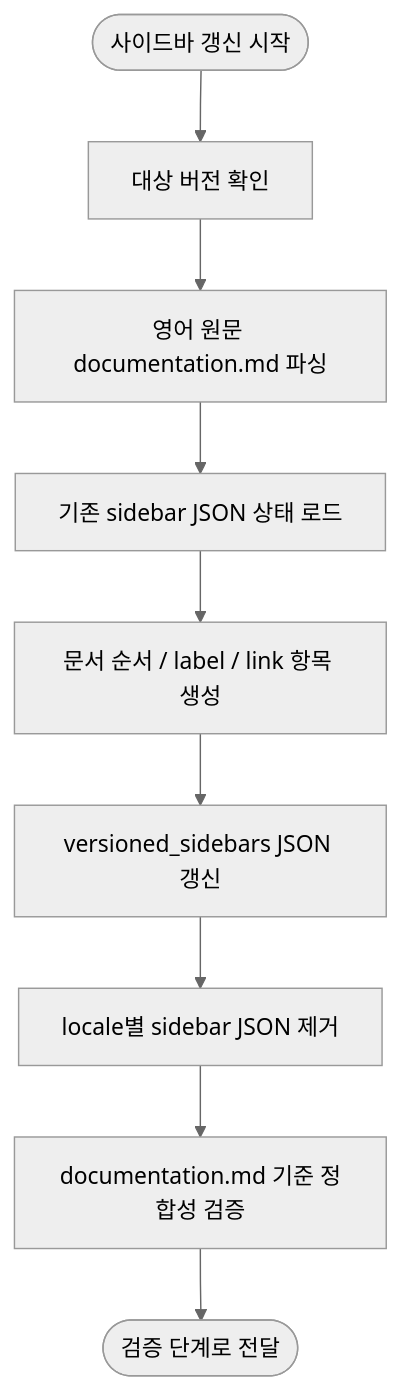
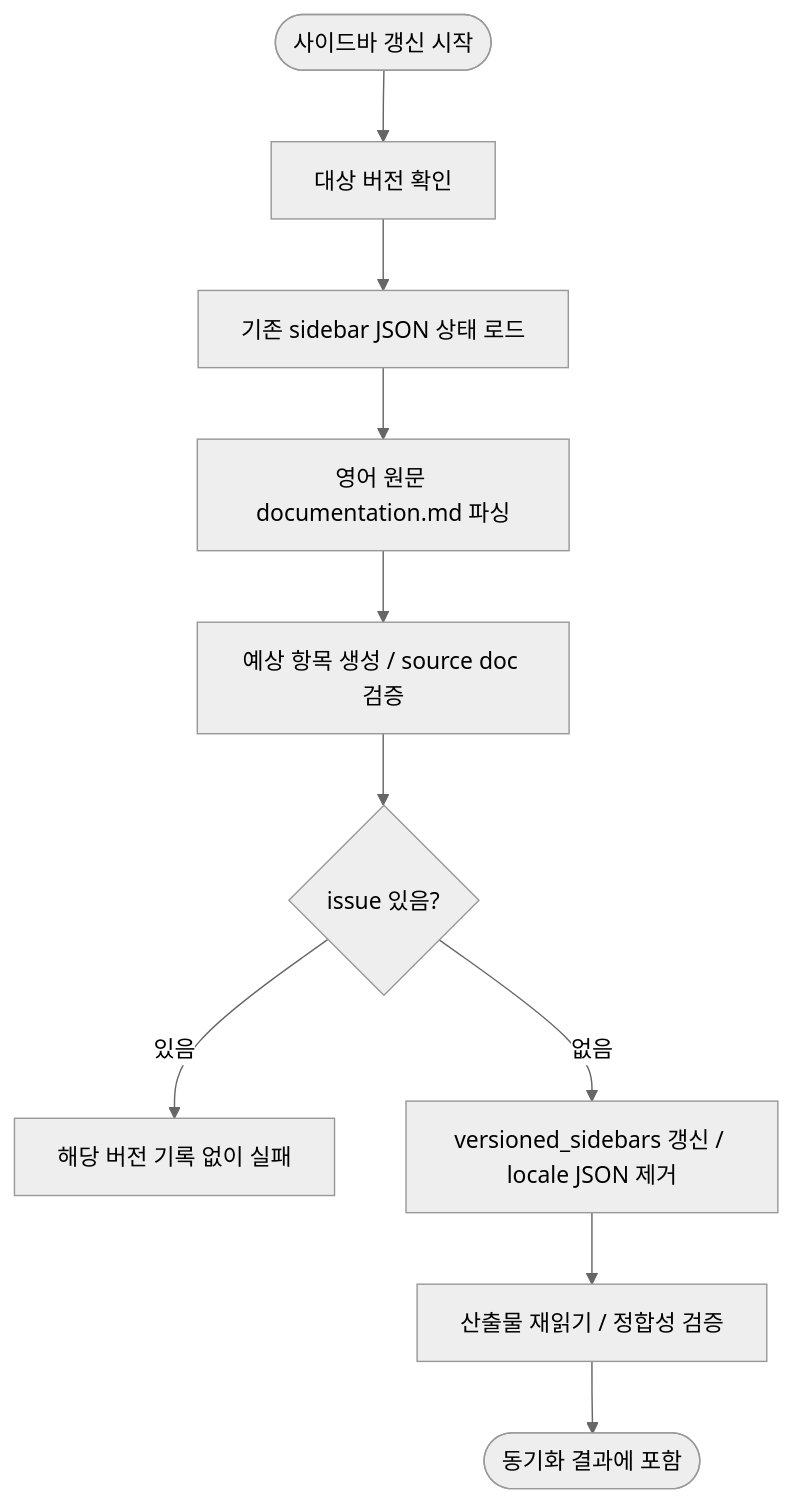
One commit to letsescape/laravel-docs changed the diagram in translation-sync/docs/06-sidebar-sync.md. Above: the diagram before and after it, drawn with Mermaid (neutral theme). The commit also changed other lines of this file and 76 other files, not shown here.

````diff
--- a/translation-sync/docs/06-sidebar-sync.md
+++ b/translation-sync/docs/06-sidebar-sync.md
@@ -5,11 +5,12 @@
 ```mermaid
 flowchart TD
     A([사이드바 갱신 시작]) --> B["대상 버전 확인"]
-    B --> C["영어 원문 documentation.md 파싱"]
-    C --> D["기존 sidebar JSON 상태 로드"]
-    D --> E["문서 순서 / label / link 항목 생성"]
-    E --> F["versioned_sidebars JSON 갱신"]
-    F --> G["locale별 sidebar JSON 제거"]
-    G --> H["documentation.md 기준 정합성 검증"]
-    H --> I([검증 단계로 전달])
+    B --> C["기존 sidebar JSON 상태 로드"]
+    C --> D["영어 원문 documentation.md 파싱"]
+    D --> E["예상 항목 생성 / source doc 검증"]
+    E --> F{"issue 있음?"}
+    F -- "있음" --> X["해당 버전 기록 없이 실패"]
+    F -- "없음" --> G["versioned_sidebars 갱신 / locale JSON 제거"]
+    G --> H["산출물 재읽기 / 정합성 검증"]
+    H --> I([동기화 결과에 포함])
 ```
````
